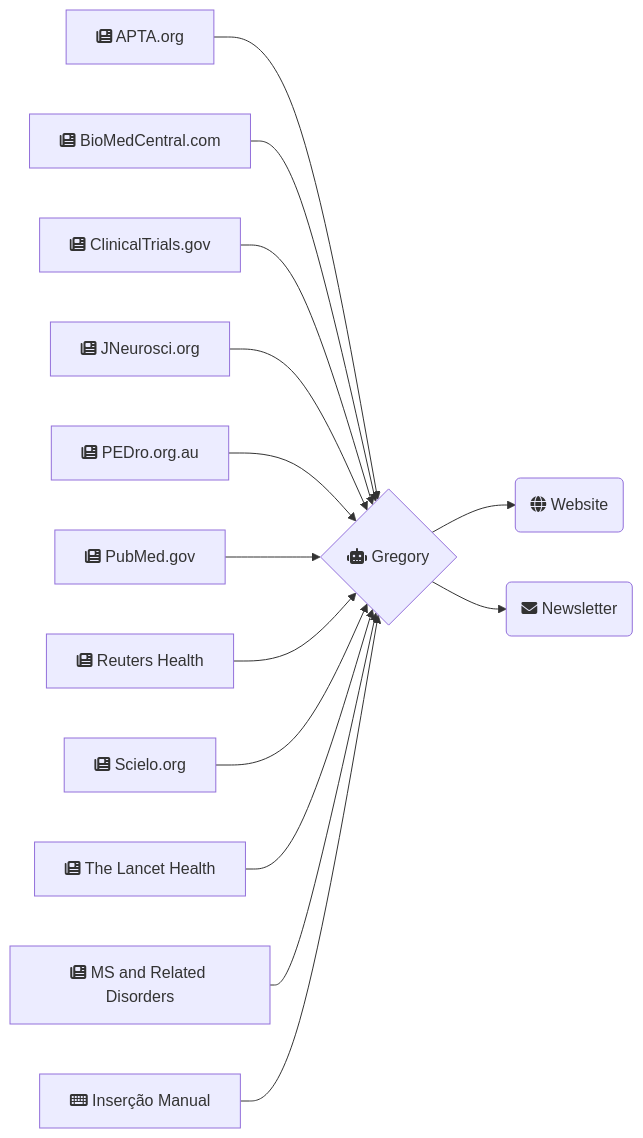
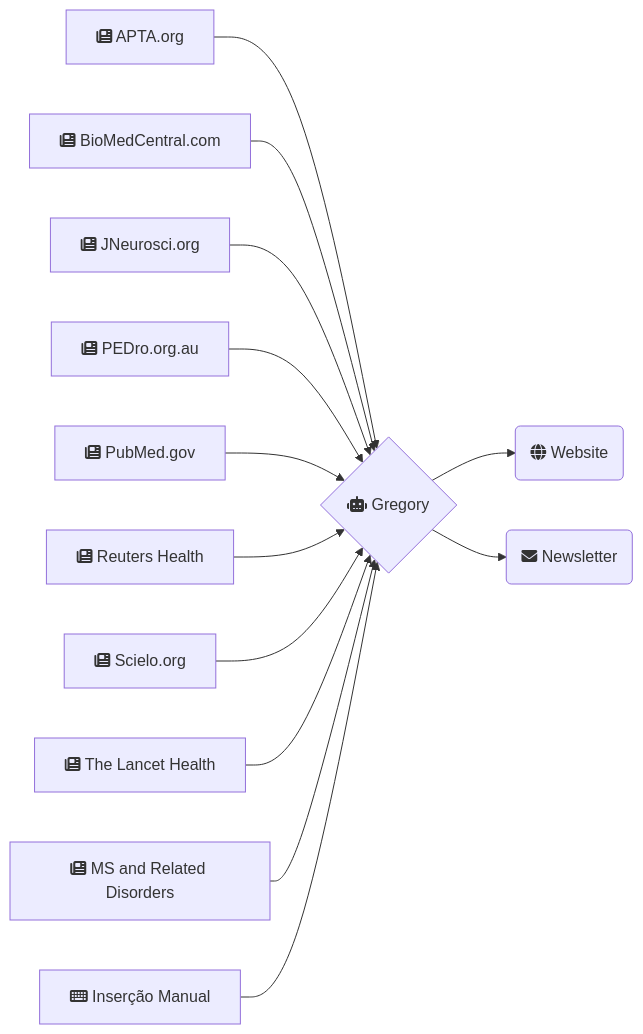
The first of 2 diagrams in content/about/index.md (brunoamaral/gregory-ai), drawn with Mermaid before and after one commit. The commit also changed other lines of this file, not shown here.

````diff
--- a/content/about/index.md
+++ b/content/about/index.md
@@ -41,16 +43,15 @@
 ```mermaid
 graph LR;
     APTA[fa:fa-newspaper APTA.org] -->Gregory;
     BioMedCentral[fa:fa-newspaper BioMedCentral.com] -->Gregory;
-    ClinicalTrials[fa:fa-newspaper ClinicalTrials.gov]-->Gregory;
     JNeurosci[fa:fa-newspaper JNeurosci.org]-->Gregory;
     PEDro[fa:fa-newspaper PEDro.org.au] -->Gregory;
     PubMed[fa:fa-newspaper PubMed.gov] -->Gregory;
     Reuters[fa:fa-newspaper Reuters Health]-->Gregory;
     Scielo[fa:fa-newspaper Scielo.org] -->Gregory;
     TheLancet[fa:fa-newspaper The Lancet Health]-->Gregory;
     MsRelDis[fa:fa-newspaper MS and Related Disorders]-->Gregory;
     Manual[fa:fa-keyboard Inserção Manual]-->Gregory;
     Gregory{fa:fa-robot Gregory}-->Website(fa:fa-globe Website)
     Gregory{fa:fa-robot Gregory}-->Newsletter(fa:fa-envelope Newsletter)
 ```
````
